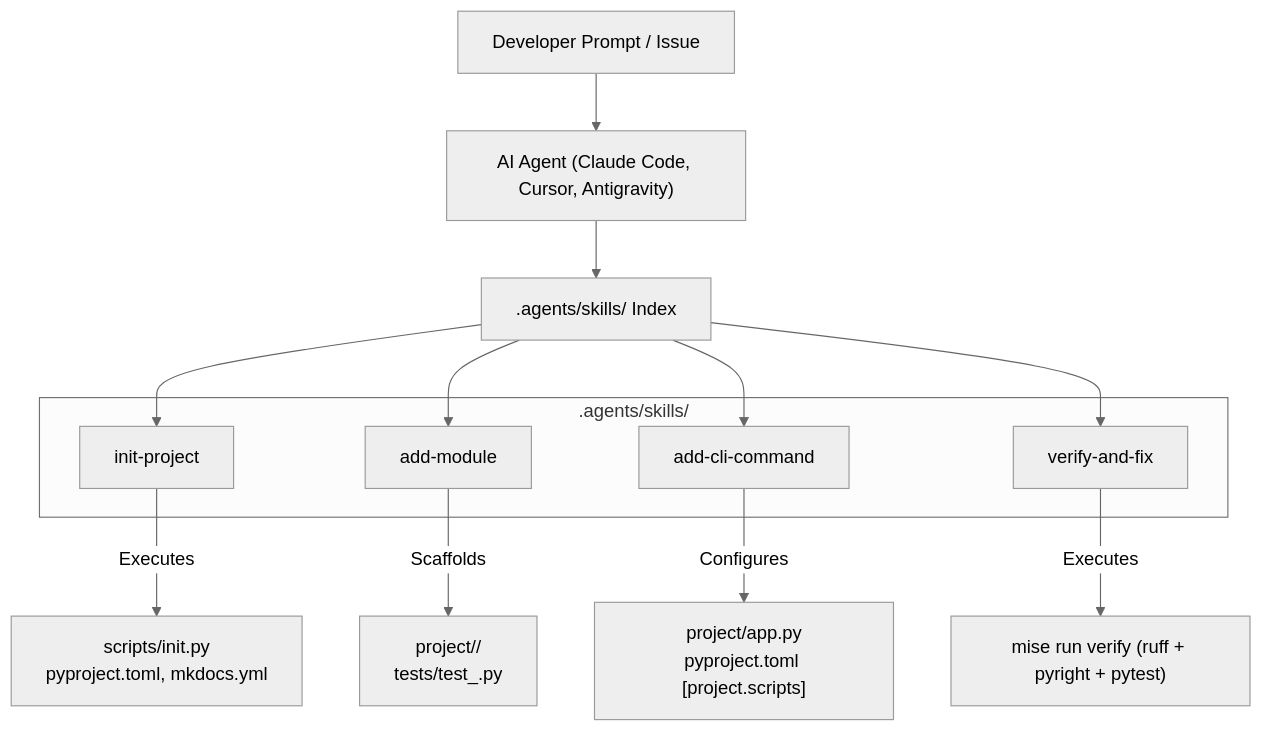
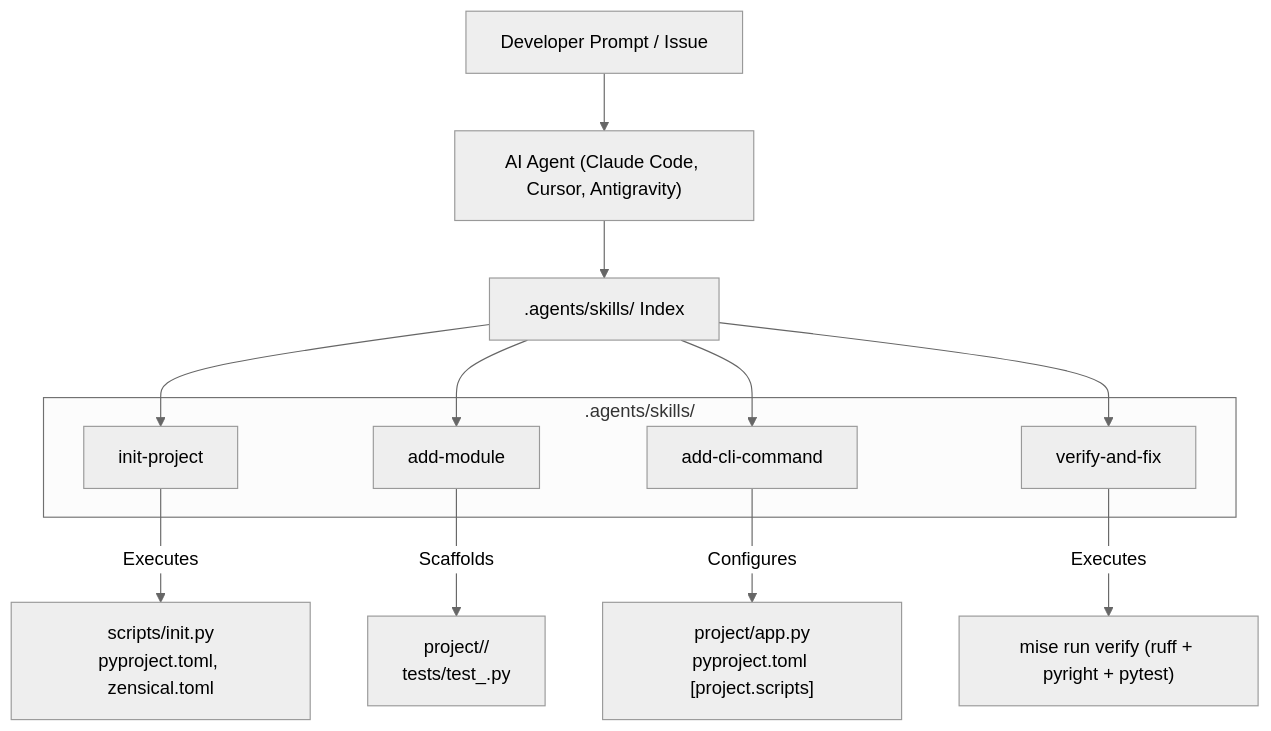
The diagram in .vibe/specs/add-skills/design.md (cur8d/python), drawn with Mermaid (neutral theme) before and after one commit. The commit also changed 14 other files, not shown here.

````diff
--- a/.vibe/specs/add-skills/design.md
+++ b/.vibe/specs/add-skills/design.md
@@ -5,19 +5,19 @@
 ```mermaid
 flowchart TD
     User["Developer Prompt / Issue"] --> Agent["AI Agent (Claude Code, Cursor, Antigravity)"]
     Agent --> Registry[".agents/skills/ Index"]
 
     subgraph Skills [".agents/skills/"]
         Init["init-project"]
         Module["add-module"]
         CLI["add-cli-command"]
         Verify["verify-and-fix"]
     end
 
     Registry --> Init & Module & CLI & Verify
 
-    Init -->|"Executes"| Scripts["scripts/init.py<br/>pyproject.toml, mkdocs.yml"]
+    Init -->|"Executes"| Scripts["scripts/init.py<br/>pyproject.toml, zensical.toml"]
     Module -->|"Scaffolds"| Domain["project/<module>/<br/>tests/test_<module>.py"]
     CLI -->|"Configures"| Entry["project/app.py<br/>pyproject.toml [project.scripts]"]
     Verify -->|"Executes"| Tasks["mise run verify (ruff + pyright + pytest)"]
 ```
````
